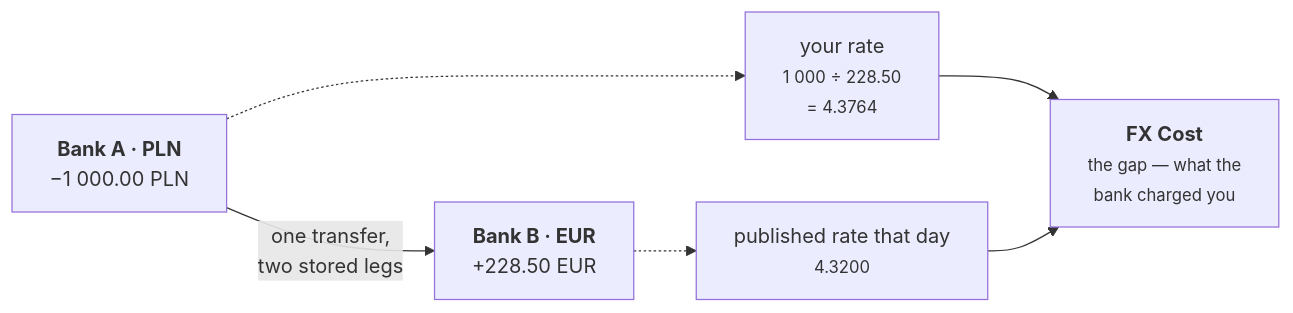
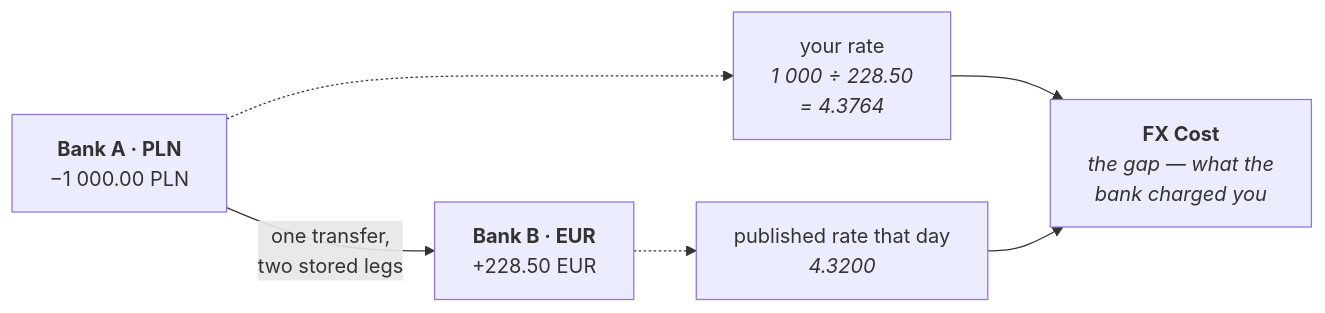
The first of 2 diagrams in docs/wiki/Money-and-FX.md (VoltLightning/waltning), drawn with Mermaid before and after one commit. The commit also changed other lines of this file and 15 other files, not shown here.

````diff
--- a/docs/wiki/Money-and-FX.md
+++ b/docs/wiki/Money-and-FX.md
@@ -63,10 +63,10 @@
 ```mermaid
 graph LR
     A["<b>Bank A · PLN</b><br/>−1 000.00 PLN"] -->|"one transfer,<br/>two stored legs"| B["<b>Bank B · EUR</b><br/>+228.50 EUR"]
 
-    A -.-> R1["your rate<br/><small>1 000 ÷ 228.50<br/>= 4.3764</small>"]
-    B -.-> R2["published rate that day<br/><small>4.3200</small>"]
+    A -.-> R1["your rate<br/><i>1 000 ÷ 228.50<br/>= 4.3764</i>"]
+    B -.-> R2["published rate that day<br/><i>4.3200</i>"]
 
-    R1 --> COST["<b>FX Cost</b><br/><small>the gap — what the<br/>bank charged you</small>"]
+    R1 --> COST["<b>FX Cost</b><br/><i>the gap — what the<br/>bank charged you</i>"]
     R2 --> COST
 ```
````
